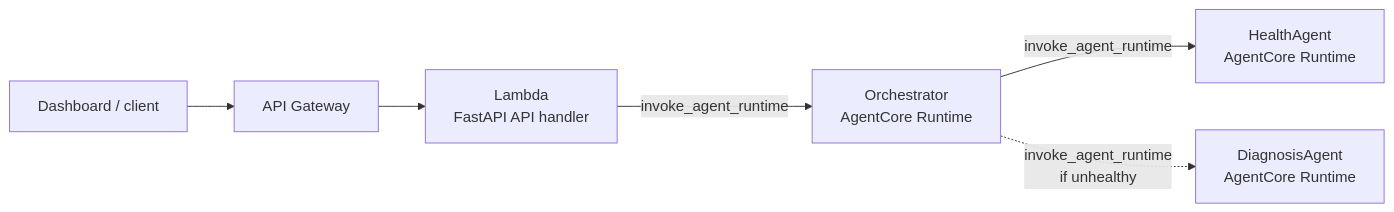
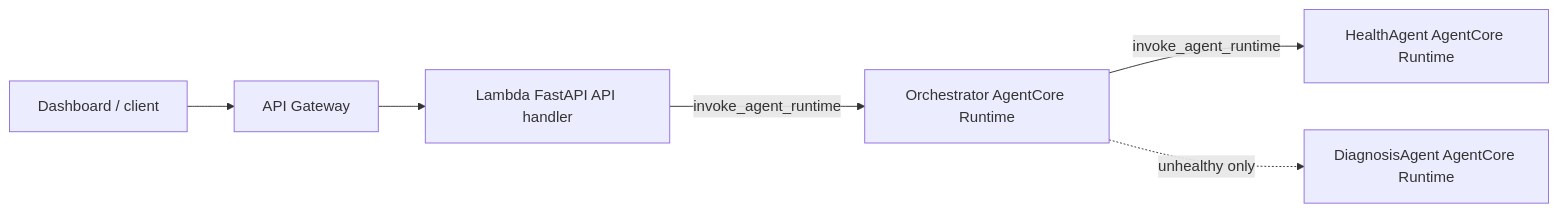
Before and after one commit to Tapani-V/agentic-eco-sentinel-team02: the third of 3 diagrams in ARCHITECTURE.md, drawn with Mermaid.

Commit message:
docs: simplify production architecture diagram

````diff
--- a/ARCHITECTURE.md
+++ b/ARCHITECTURE.md
@@ -155,8 +155,8 @@
 ```mermaid
 graph LR
     U[Dashboard / client] --> AG[API Gateway]
-    AG --> L["Lambda\nFastAPI API handler"]
-    L -- invoke_agent_runtime --> O["Orchestrator\nAgentCore Runtime"]
-    O -- invoke_agent_runtime --> H["HealthAgent\nAgentCore Runtime"]
-    O -. invoke_agent_runtime\nif unhealthy .-> D["DiagnosisAgent\nAgentCore Runtime"]
+  AG --> L["Lambda FastAPI API handler"]
+  L -- invoke_agent_runtime --> O["Orchestrator AgentCore Runtime"]
+  O -- invoke_agent_runtime --> H["HealthAgent AgentCore Runtime"]
+  O -. unhealthy only .-> D["DiagnosisAgent AgentCore Runtime"]
 ```
````
